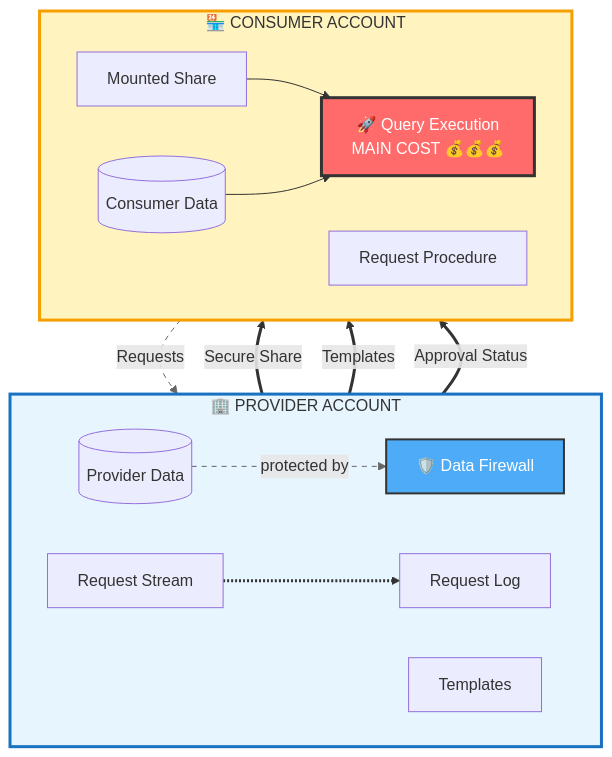
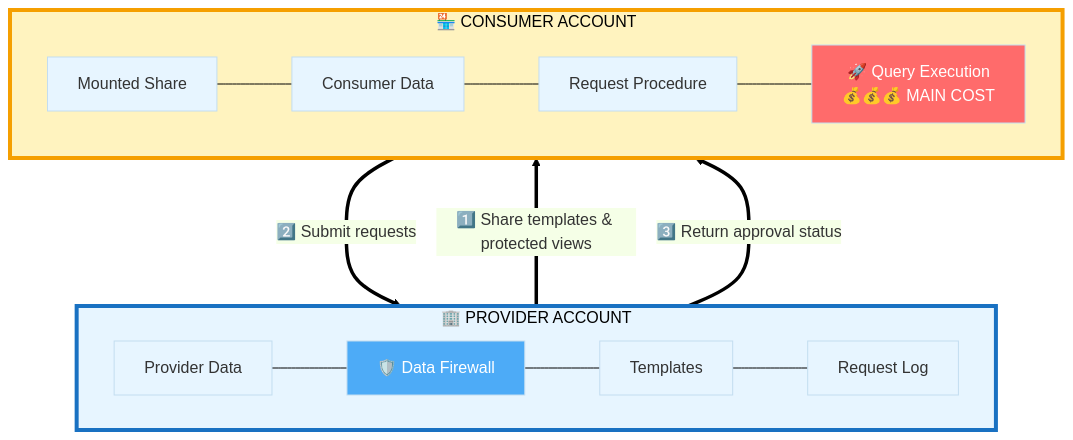
One commit to sfc-gh-vshiv/sfquickstart-data-clean-room changed the first of 4 diagrams in DCR_Flow_and_Cost_Guide.md. Above: the diagram before and after it, drawn with Mermaid. The commit also changed 1 other file, not shown here.

Commit message:
Refactor DCR Flow and Cost Guide Mermaid diagrams to enhance layout and clarity, including updated styles and connections for improved representation of interactions between advertiser and Walmart accounts.

````diff
--- a/DCR_Flow_and_Cost_Guide.md
+++ b/DCR_Flow_and_Cost_Guide.md
@@ -20,37 +20,21 @@
 ```mermaid
+%%{init: {'theme': 'base', 'themeVariables': {'lineColor': '#000000', 'primaryColor': '#e7f5ff'}}}%%
 flowchart TB
     subgraph PROVIDER["🏢 PROVIDER ACCOUNT"]
-        direction LR
-        PD[("Provider Data")]
-        PT["Templates"]
-        RS["Request Stream"]
-        RL["Request Log"]
-        RAP["🛡️ Data Firewall"]
+        P1["Provider Data"] --- P2["🛡️ Data Firewall"] --- P3["Templates"] --- P4["Request Log"]
     end
     
+    PROVIDER ===>|"1️⃣ Share templates & protected views"| CONSUMER
+    
     subgraph CONSUMER["🏪 CONSUMER ACCOUNT"]
-        direction LR
-        CD[("Consumer Data")]
-        MS["Mounted Share"]
-        RP["Request Procedure"]
-        QE["🚀 Query Execution<br/>MAIN COST 💰💰💰"]
+        C1["Mounted Share"] --- C2["Consumer Data"] --- C3["Request Procedure"] --- C4["🚀 Query Execution<br/>💰💰💰 MAIN COST"]
     end
     
-    PD -.->|protected by| RAP
-    RAP ==>|"Secure Share"| MS
-    PT ==>|"Templates"| MS
-    RP ==>|"Requests"| RS
-    RS -.-> RL
-    RL ==>|"Approval Status"| CONSUMER
+    CONSUMER ===>|"2️⃣ Submit requests"| PROVIDER
+    PROVIDER ===>|"3️⃣ Return approval status"| CONSUMER
     
-    MS --> QE
-    CD --> QE
-    
-    style QE fill:#ff6b6b,stroke:#333,stroke-width:3px,color:#fff
-    style RAP fill:#4dabf7,stroke:#333,stroke-width:2px,color:#fff
-    style PROVIDER fill:#e7f5ff,stroke:#1971c2,stroke-width:3px
-    style CONSUMER fill:#fff3bf,stroke:#f59f00,stroke-width:3px
-    
-    linkStyle 0,3 stroke:#666,stroke-width:1px,stroke-dasharray:5
-    linkStyle 1,2,4,5 stroke:#333,stroke-width:3px
+    style PROVIDER fill:#e7f5ff,stroke:#1971c2,stroke-width:4px
+    style CONSUMER fill:#fff3bf,stroke:#f59f00,stroke-width:4px
+    style P2 fill:#4dabf7,color:#fff
+    style C4 fill:#ff6b6b,color:#fff
 ```
````
